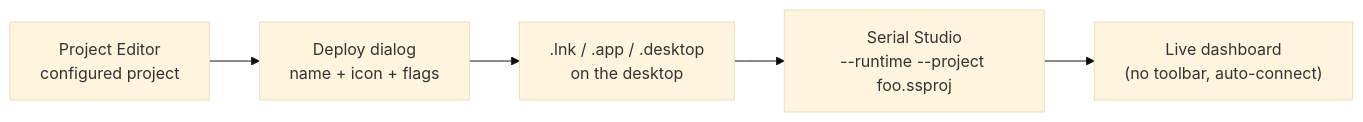
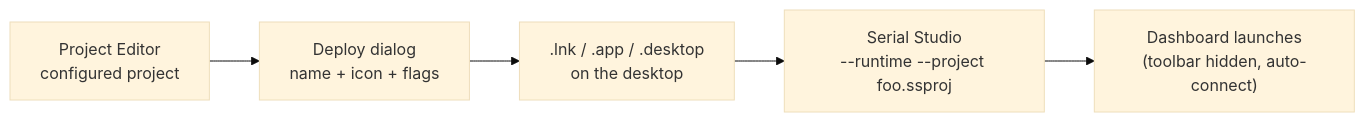
Before and after one commit to Serial-Studio/Serial-Studio: the first of 2 diagrams in doc/help/Operator-Deployments.md, drawn with Mermaid (base theme). The commit also changed other lines of this file and 264 other files, not shown here.

````diff
--- a/doc/help/Operator-Deployments.md
+++ b/doc/help/Operator-Deployments.md
@@ -23,7 +23,7 @@
 ```mermaid
 flowchart LR
     A["Project Editor<br/>configured project"] --> B["Deploy dialog<br/>name + icon + flags"]
     B --> C[".lnk / .app / .desktop<br/>on the desktop"]
     C --> D["Serial Studio<br/>--runtime --project foo.ssproj"]
-    D --> E["Live dashboard<br/>(no toolbar, auto-connect)"]
+    D --> E["Dashboard launches<br/>(toolbar hidden, auto-connect)"]
 ```
````
